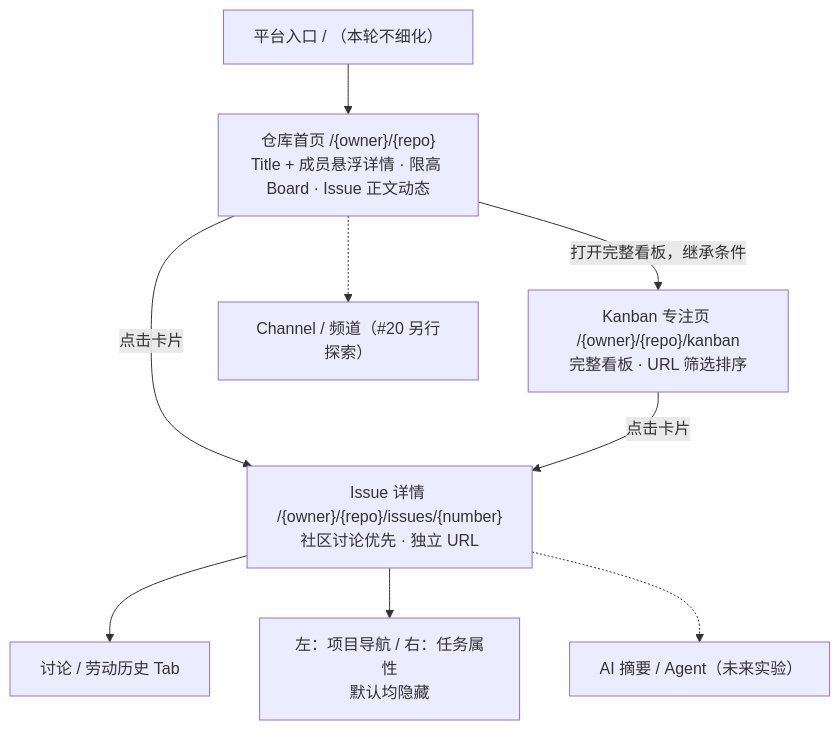
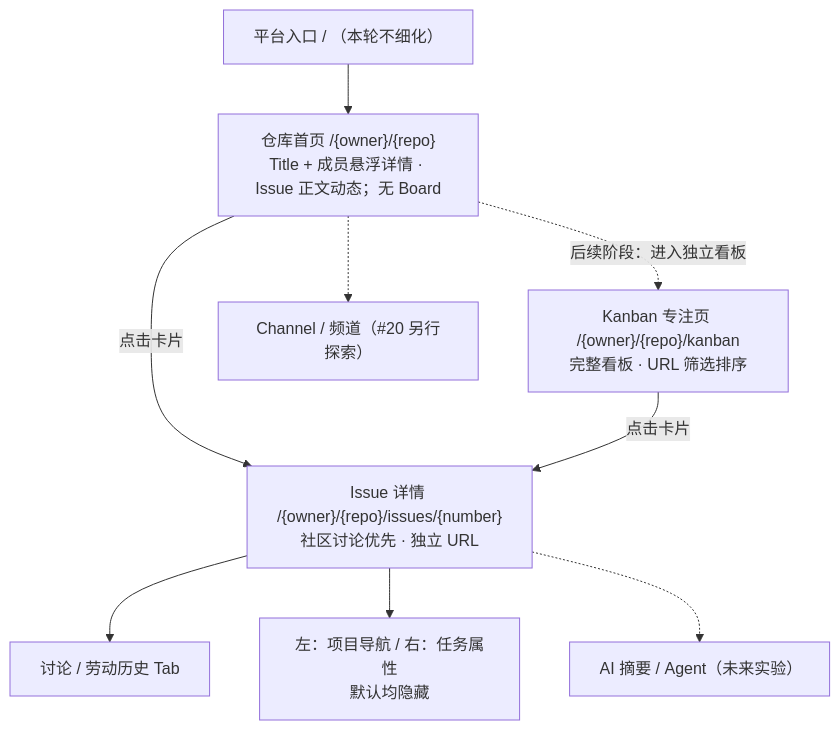
One commit to Ri0n72Y/hackathon-platform changed the diagram in docs/LabourChain-UI-Design-Map.md. Above: the diagram before and after it, drawn with Mermaid. The commit also changed other lines of this file, not shown here.

Commit message:
docs: defer board and remove it from first-version homepage

````diff
--- a/docs/LabourChain-UI-Design-Map.md
+++ b/docs/LabourChain-UI-Design-Map.md
@@ -31,19 +31,19 @@
 ```mermaid
 flowchart TB
     ROOT["平台入口 / （本轮不细化）"]
-    HOME["仓库首页 /{owner}/{repo}<br/>Title + 成员悬浮详情 · 限高 Board · Issue 正文动态"]
+    HOME["仓库首页 /{owner}/{repo}<br/>Title + 成员悬浮详情 · Issue 正文动态；无 Board"]
     KANBAN["Kanban 专注页 /{owner}/{repo}/kanban<br/>完整看板 · URL 筛选排序"]
     ISSUE["Issue 详情 /{owner}/{repo}/issues/{number}<br/>社区讨论优先 · 独立 URL"]
     TABS["讨论 / 劳动历史 Tab"]
     SIDE["左：项目导航 / 右：任务属性<br/>默认均隐藏"]
     CHANNEL["Channel / 频道（#20 另行探索）"]
     AI["AI 摘要 / Agent（未来实验）"]
     ROOT --> HOME
-    HOME -->|"打开完整看板，继承条件"| KANBAN
+    HOME -.->|"后续阶段：进入独立看板"| KANBAN
     HOME -->|"点击卡片"| ISSUE
     KANBAN -->|"点击卡片"| ISSUE
     ISSUE --> TABS
     ISSUE --> SIDE
     HOME -.-> CHANNEL
     ISSUE -.-> AI
 ```
````
